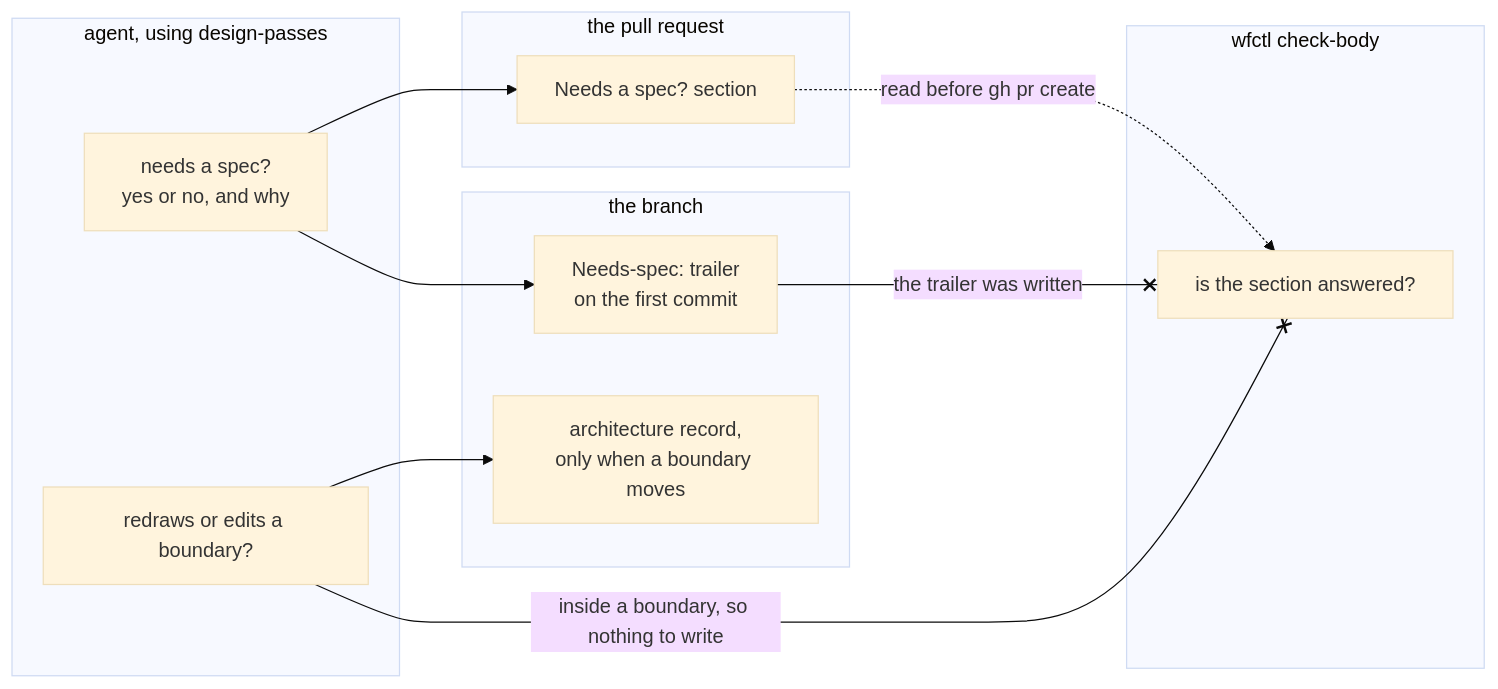
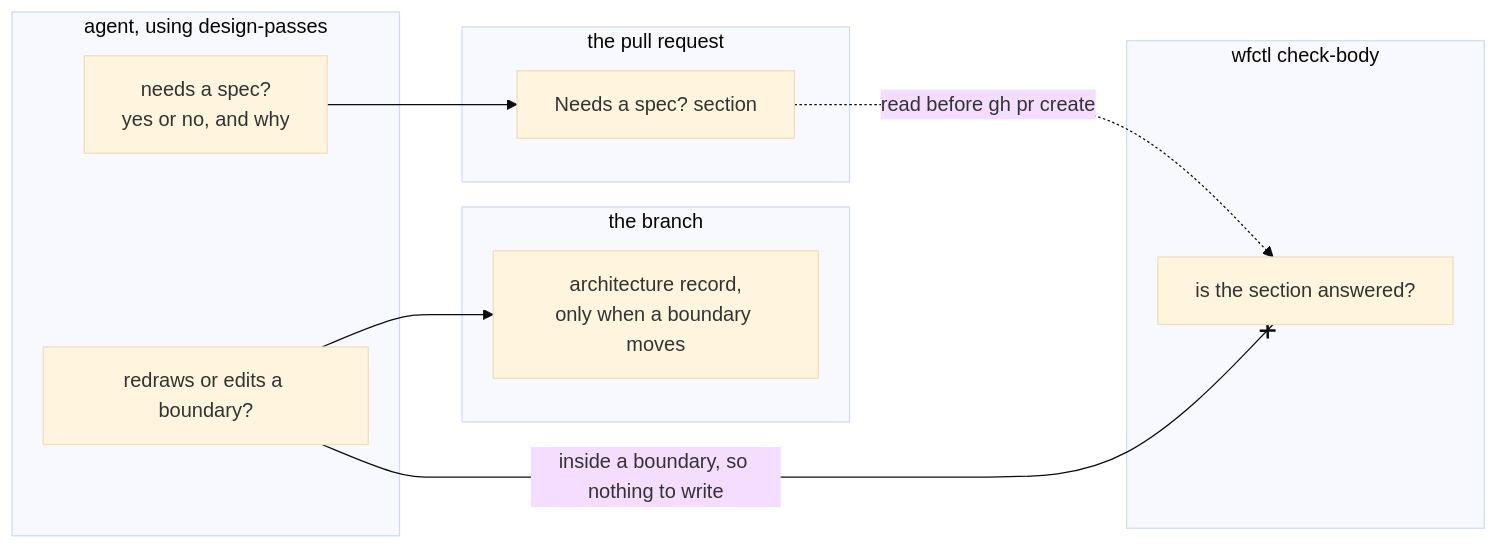
The diagram in docs/architecture/every-change-answers-spec-question.md (aamarin/wfctl), drawn with Mermaid (base theme) before and after one commit. The commit also changed other lines of this file and 3 other files, not shown here.

First line of the commit message:
docs(arch): record the spec answer only in the PR, and reject the trailer

````diff
--- a/docs/architecture/every-change-answers-spec-question.md
+++ b/docs/architecture/every-change-answers-spec-question.md
@@ -80,23 +74,20 @@
 ```mermaid
 flowchart LR
     subgraph agent["agent, using design-passes"]
         Q["needs a spec?<br>yes or no, and why"]
         B["redraws or edits a boundary?"]
     end
     subgraph branch["the branch"]
-        T["Needs-spec: trailer<br>on the first commit"]
         R["architecture record,<br>only when a boundary moves"]
     end
     subgraph pr["the pull request"]
         S["Needs a spec? section"]
     end
     subgraph wfctl["wfctl check-body"]
         C["is the section answered?"]
     end
-    Q --> T
     Q --> S
     B --> R
     S -. "read before gh pr create" .-> C
-    T -- "the trailer was written" --x C
     B -- "inside a boundary, so nothing to write" --x C
 ```
````
